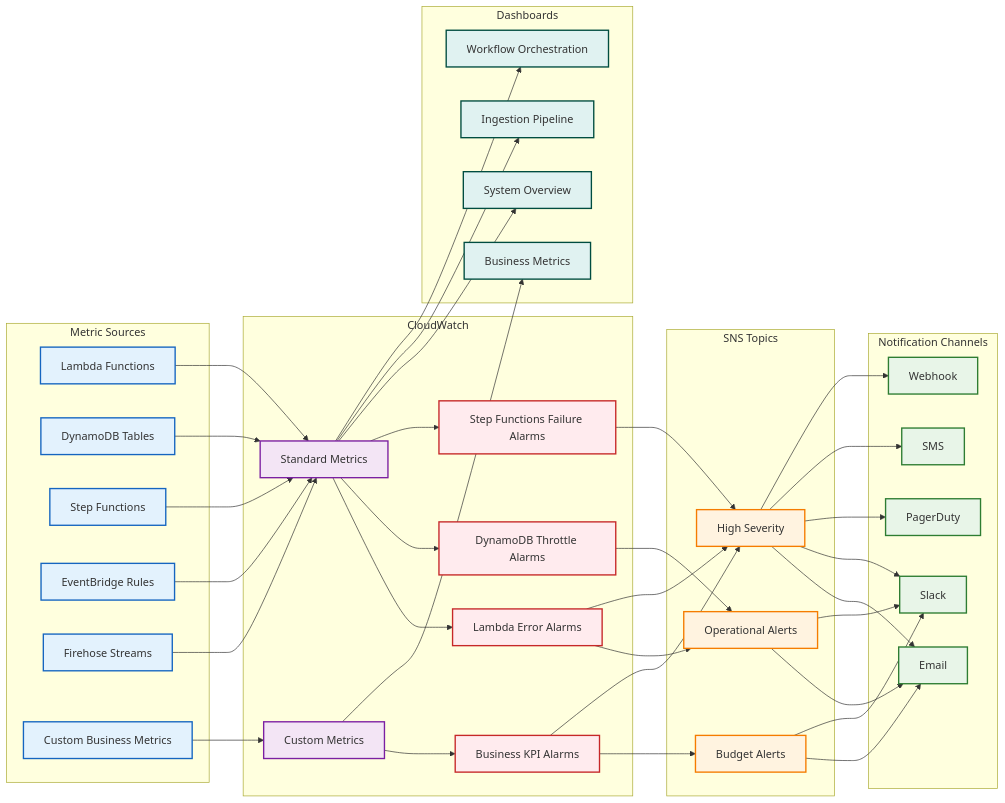
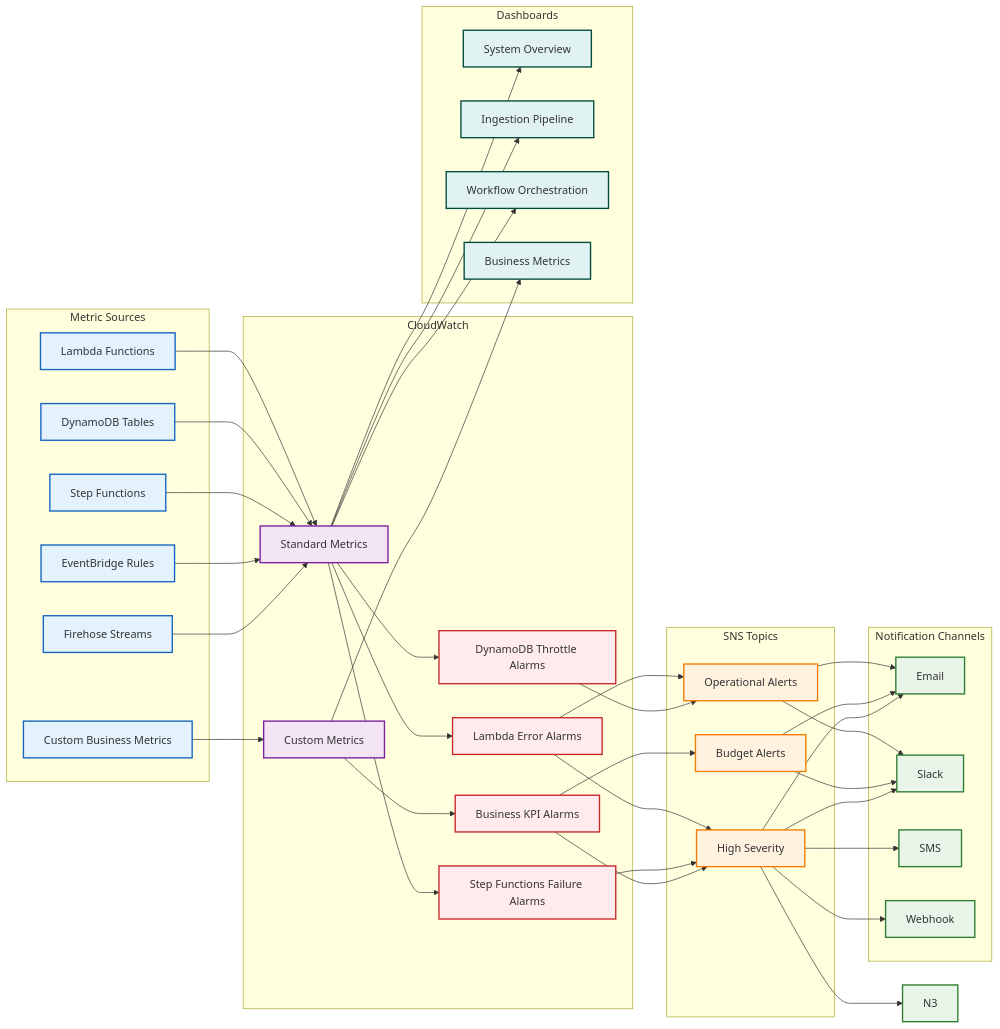
The fifth of 7 diagrams in docs/system-diagrams.md (teabranch/bedrock-budgeteer), drawn with Mermaid before and after one commit. The commit also changed other lines of this file and 8 other files, not shown here.

Commit message:
fix: remove pager duty - untested

```diff
--- a/docs/system-diagrams.md
+++ b/docs/system-diagrams.md
@@ -511,7 +510,6 @@
     subgraph "Notification Channels"
         N1[Email]
         N2[Slack]
-        N3[PagerDuty]
         N4[SMS]
         N5[Webhook]
     end
```
